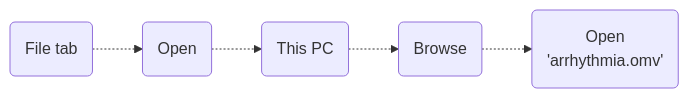
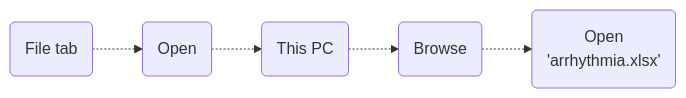
One commit to bougioukas/MedStatsJamovi changed the first of 2 diagrams in lab1.qmd. Above: the diagram before and after it, drawn with Mermaid. The commit also changed other lines of this file and 12 other files, not shown here.

````diff
--- a/lab1.qmd
+++ b/lab1.qmd
@@ -243,4 +241,4 @@
 ```{mermaid}
 flowchart LR
-  A(File tab) -.-> B(Open) -.-> C(This PC) -.-> D(Browse) -.-> E(Open \n 'arrhythmia.omv')
+  A(File tab) -.-> B(Open) -.-> C(This PC) -.-> D(Browse) -.-> E(Open \n 'arrhythmia.xlsx')
 ```
````
